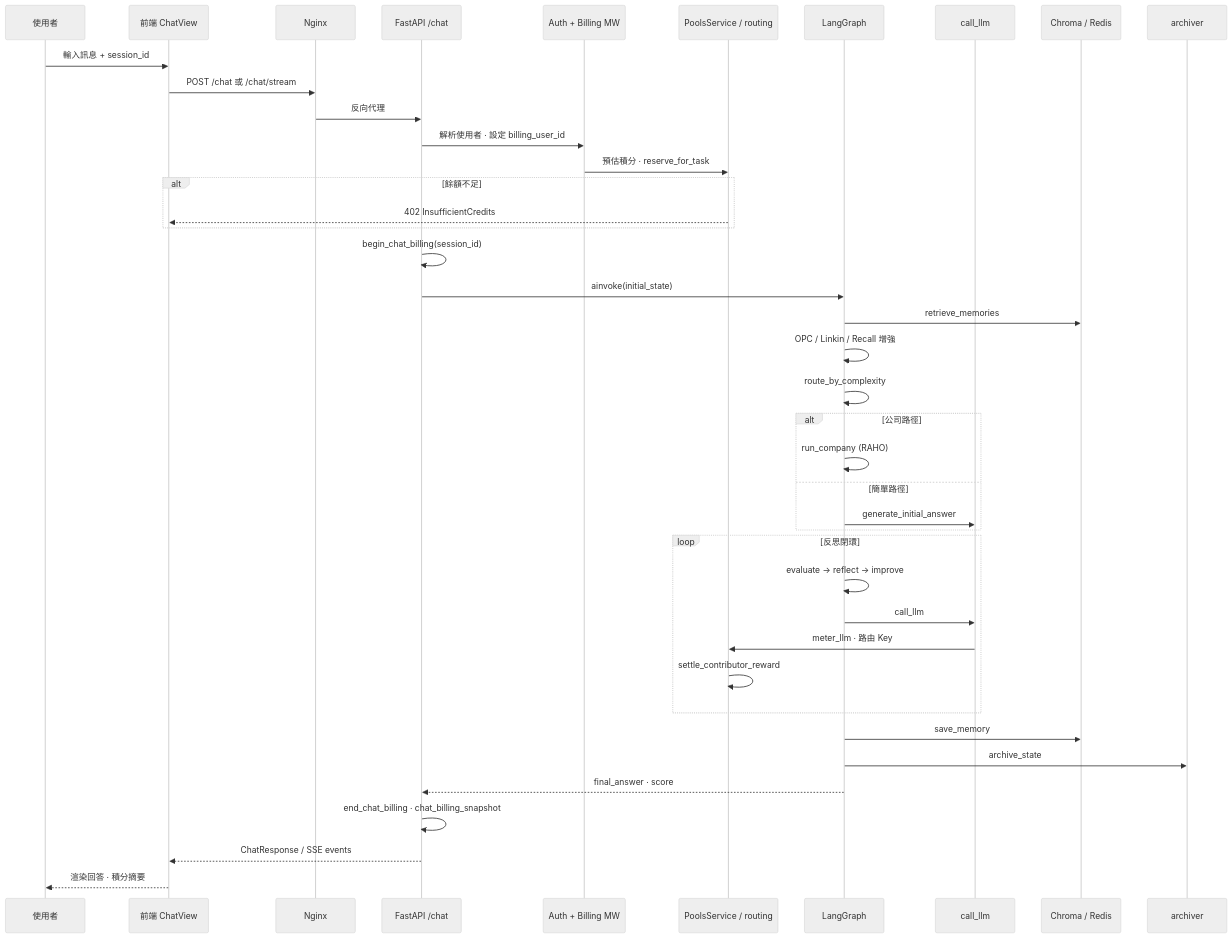
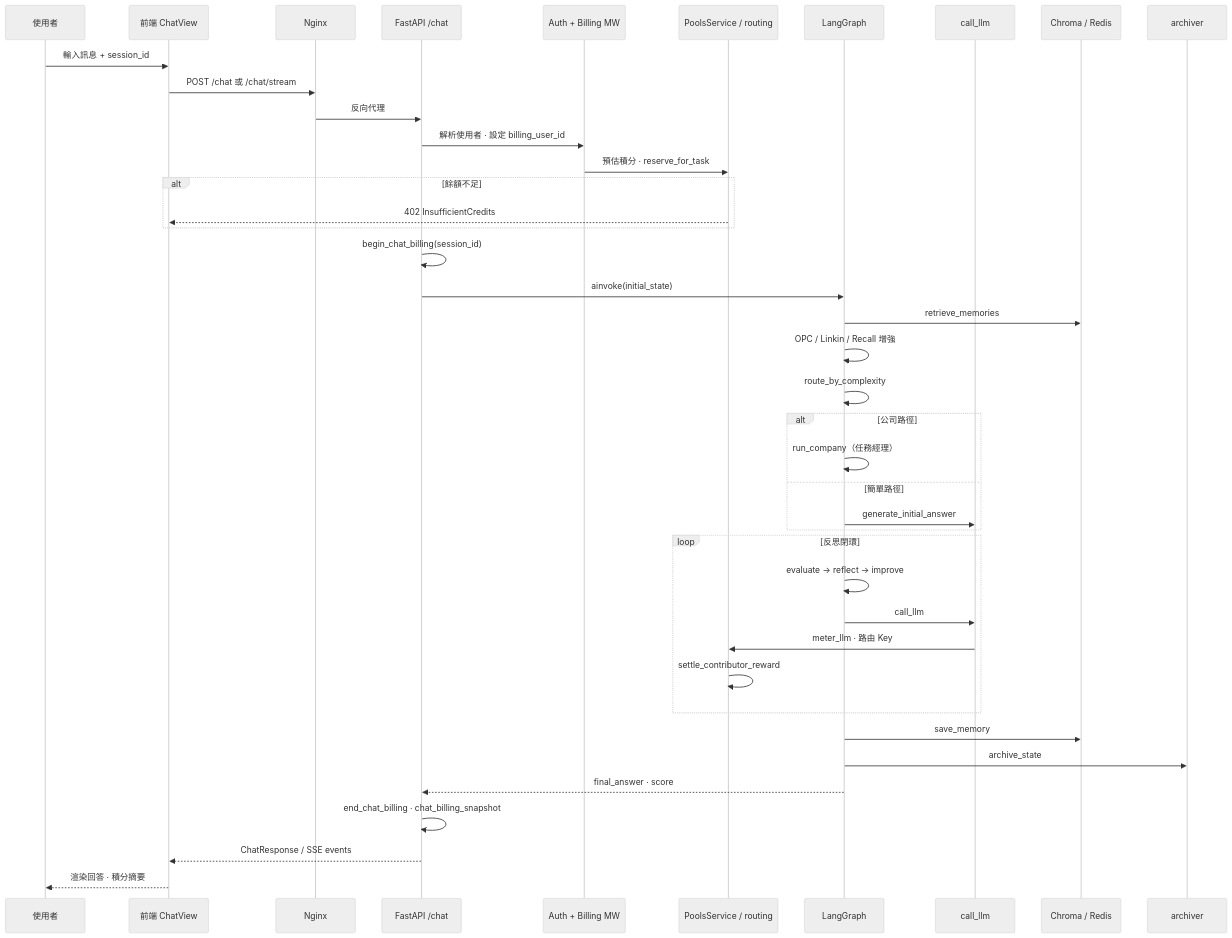
The eighth of 10 diagrams in docs/architecture/system-architecture-2026-09.md (iiooiioo888/Linkin), drawn with Mermaid (neutral theme) before and after one commit. The commit also changed other lines of this file and 48 other files, not shown here.

````diff
--- a/docs/architecture/system-architecture-2026-09.md
+++ b/docs/architecture/system-architecture-2026-09.md
@@ -320,44 +320,44 @@
 ```mermaid
 sequenceDiagram
     participant U as 使用者
     participant FE as 前端 ChatView
     participant NG as Nginx
     participant API as FastAPI /chat
     participant AUTH as Auth + Billing MW
     participant POOL as PoolsService / routing
     participant G as LangGraph
     participant LLM as call_llm
     participant MEM as Chroma / Redis
     participant ARCH as archiver
 
     U->>FE: 輸入訊息 + session_id
     FE->>NG: POST /chat 或 /chat/stream
     NG->>API: 反向代理
     API->>AUTH: 解析使用者 · 設定 billing_user_id
     AUTH->>POOL: 預估積分 · reserve_for_task
     alt 餘額不足
         POOL-->>FE: 402 InsufficientCredits
     end
     API->>API: begin_chat_billing(session_id)
     API->>G: ainvoke(initial_state)
     G->>MEM: retrieve_memories
     G->>G: OPC / Linkin / Recall 增強
     G->>G: route_by_complexity
     alt 公司路徑
-        G->>G: run_company (RAHO)
+        G->>G: run_company（任務經理）
     else 簡單路徑
         G->>LLM: generate_initial_answer
     end
     loop 反思閉環
         G->>G: evaluate → reflect → improve
         G->>LLM: call_llm
         LLM->>POOL: meter_llm · 路由 Key
         POOL->>POOL: settle_contributor_reward
     end
     G->>MEM: save_memory
     G->>ARCH: archive_state
     G-->>API: final_answer · score
     API->>API: end_chat_billing · chat_billing_snapshot
     API-->>FE: ChatResponse / SSE events
     FE-->>U: 渲染回答 · 積分摘要
 ```
````
